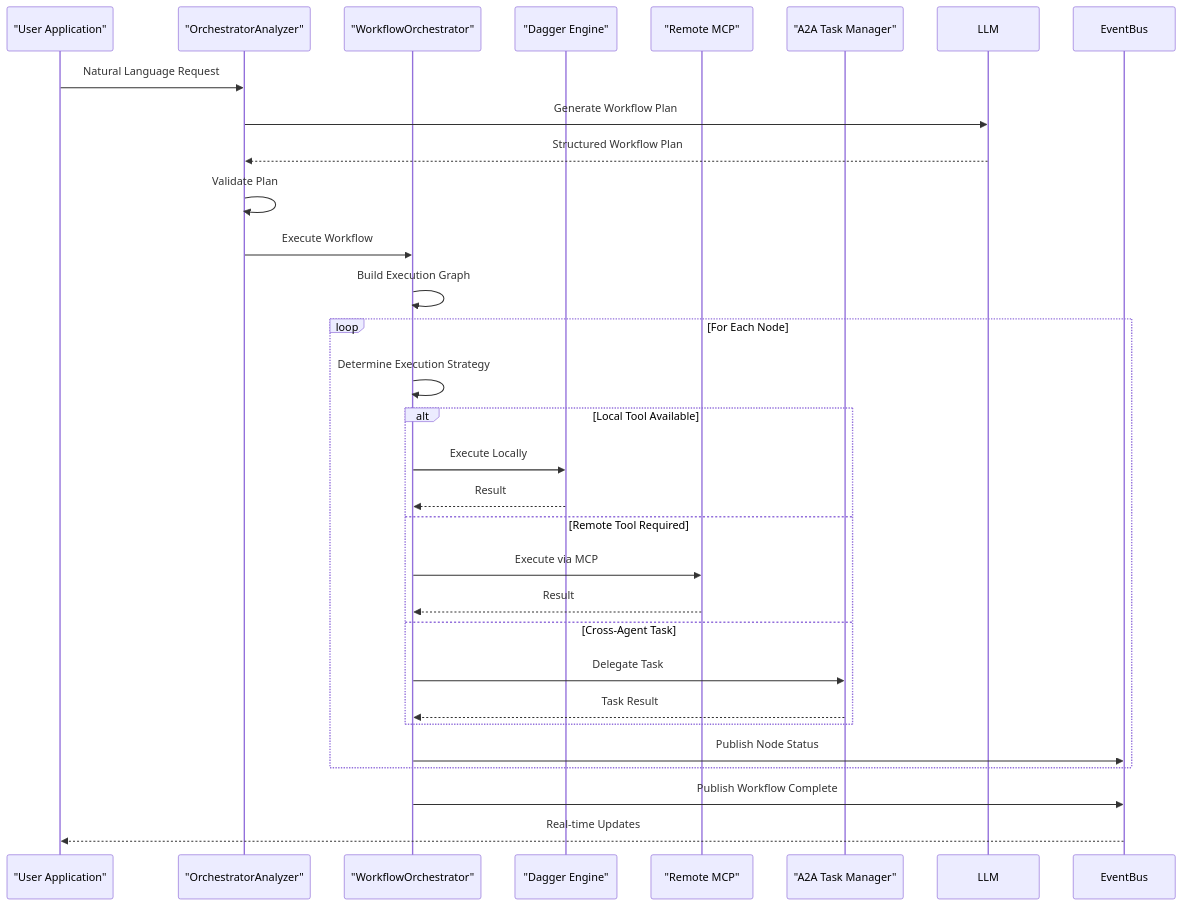
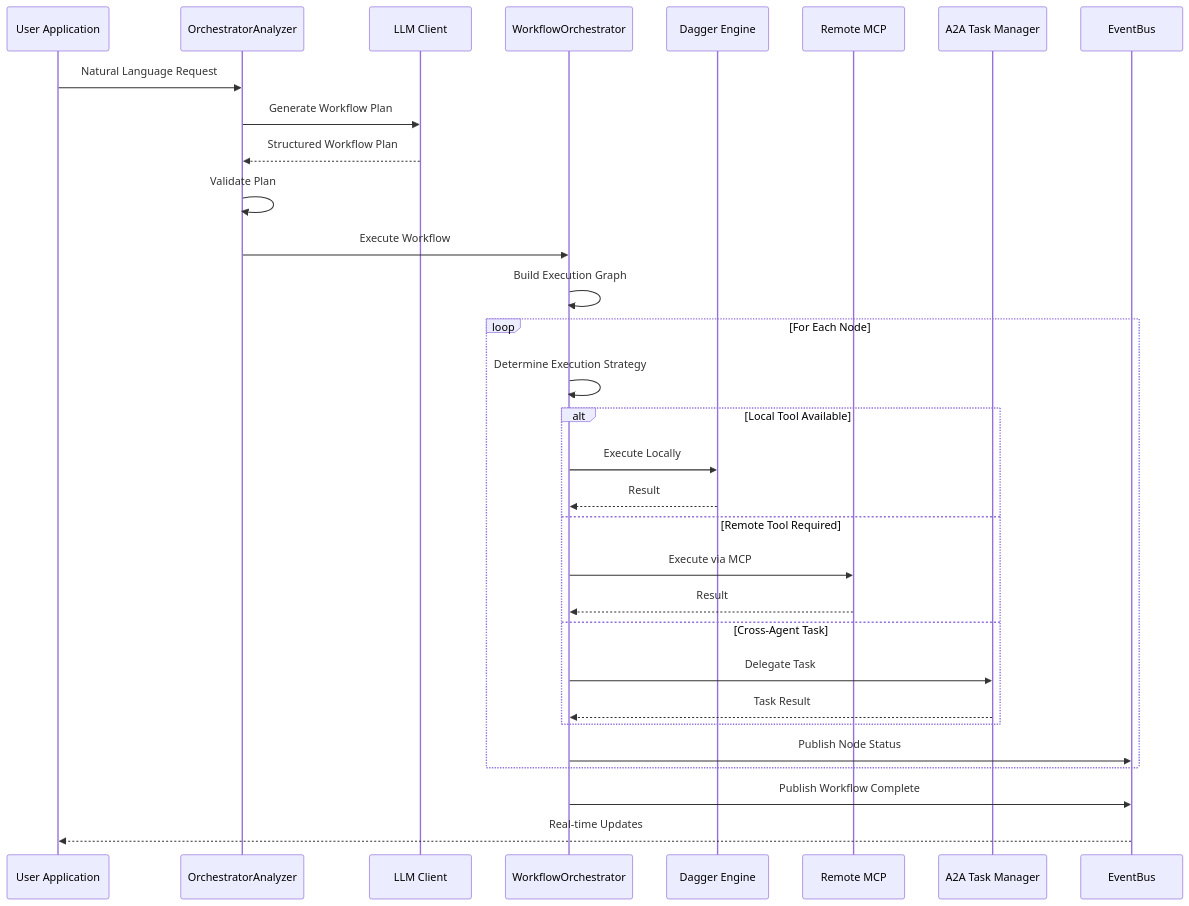
One commit to prxs-ai/praxis-go-sdk changed the fifth of 7 diagrams in docs/Architecture Overview/DSL Processing Engine/DSL Orchestrator.md. Above: the diagram before and after it, drawn with Mermaid. The commit also changed other lines of this file and 33 other files, not shown here.

````diff
--- a/docs/Architecture Overview/DSL Processing Engine/DSL Orchestrator.md
+++ b/docs/Architecture Overview/DSL Processing Engine/DSL Orchestrator.md
@@ -204,31 +204,33 @@
 ```mermaid
 sequenceDiagram
-participant UA as "User Application"
-participant OA as "OrchestratorAnalyzer"
-participant WO as "WorkflowOrchestrator"
-participant DE as "Dagger Engine"
-participant RMCP as "Remote MCP"
-participant A2A as "A2A Task Manager"
-UA->>OA : Natural Language Request
-OA->>LLM : Generate Workflow Plan
-LLM-->>OA : Structured Workflow Plan
-OA->>OA : Validate Plan
-OA->>WO : Execute Workflow
-WO->>WO : Build Execution Graph
+participant UA as User Application
+participant OA as OrchestratorAnalyzer
+participant LLM as LLM Client
+participant WO as WorkflowOrchestrator
+participant DE as Dagger Engine
+participant RMCP as Remote MCP
+participant A2A as A2A Task Manager
+participant EventBus as EventBus
+UA->>OA: Natural Language Request
+OA->>LLM: Generate Workflow Plan
+LLM-->>OA: Structured Workflow Plan
+OA->>OA: Validate Plan
+OA->>WO: Execute Workflow
+WO->>WO: Build Execution Graph
 loop For Each Node
-WO->>WO : Determine Execution Strategy
+WO->>WO: Determine Execution Strategy
 alt Local Tool Available
-WO->>DE : Execute Locally
-DE-->>WO : Result
+WO->>DE: Execute Locally
+DE-->>WO: Result
 else Remote Tool Required
-WO->>RMCP : Execute via MCP
-RMCP-->>WO : Result
+WO->>RMCP: Execute via MCP
+RMCP-->>WO: Result
 else Cross-Agent Task
-WO->>A2A : Delegate Task
-A2A-->>WO : Task Result
+WO->>A2A: Delegate Task
+A2A-->>WO: Task Result
 end
-WO->>EventBus : Publish Node Status
+WO->>EventBus: Publish Node Status
 end
-WO->>EventBus : Publish Workflow Complete
-EventBus-->>UA : Real-time Updates
+WO->>EventBus: Publish Workflow Complete
+EventBus-->>UA: Real-time Updates
 ```
````
